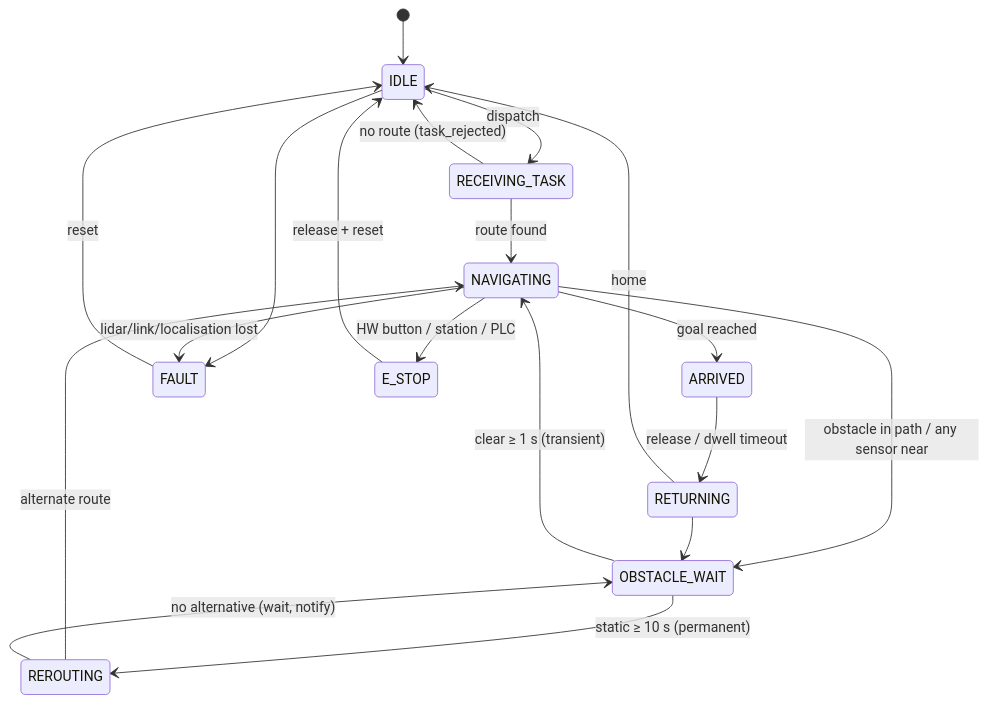
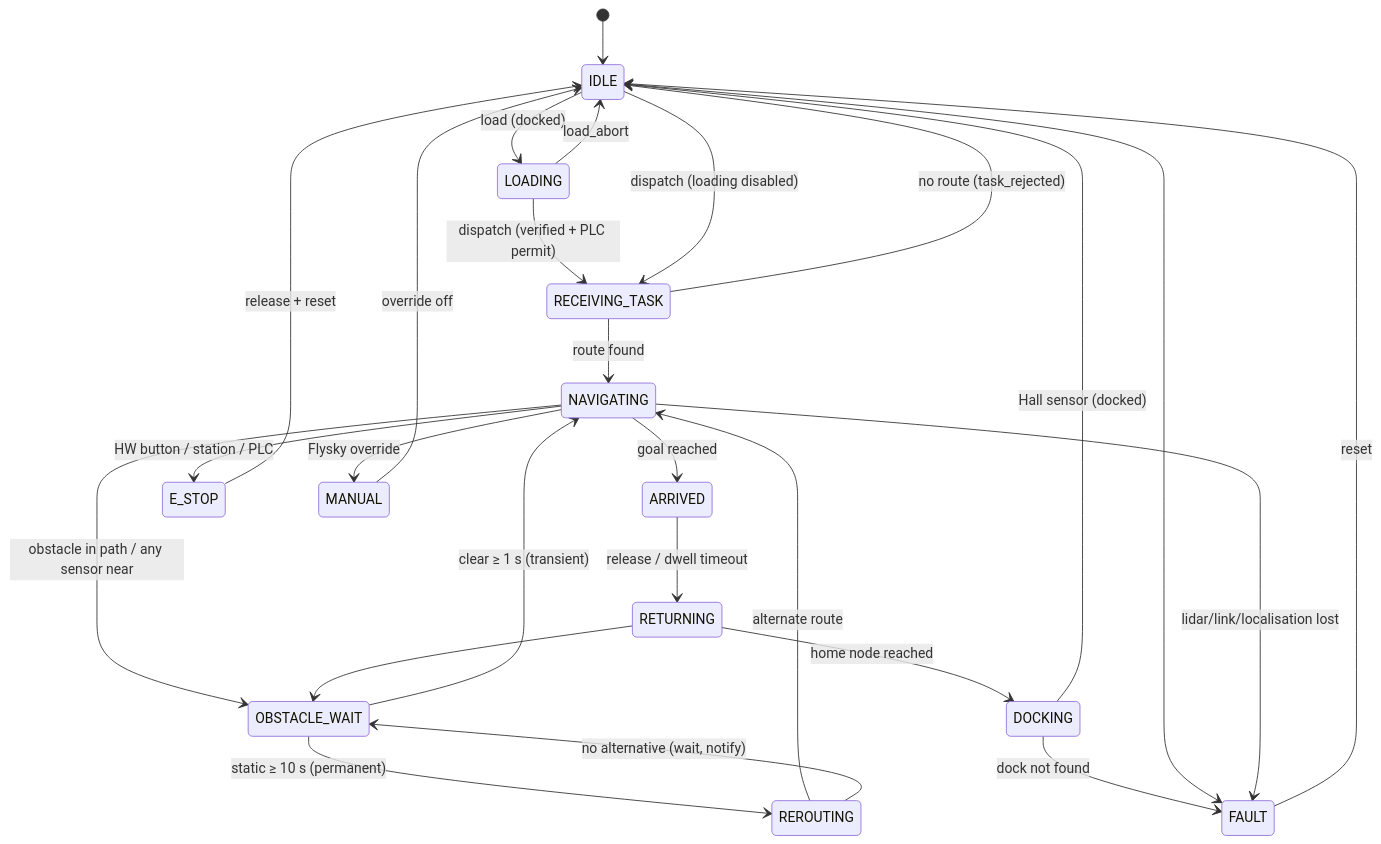
One commit to CDJ7/APEx-2.0 changed the third of 3 diagrams in README.md. Above: the diagram before and after it, drawn with Mermaid. The commit also changed other lines of this file and 18 other files, not shown here.

````diff
--- a/README.md
+++ b/README.md
@@ -106,21 +131,28 @@
 ```mermaid
 stateDiagram-v2
     [*] --> IDLE
-    IDLE --> RECEIVING_TASK: dispatch
+    IDLE --> LOADING: load (docked)
+    LOADING --> IDLE: load_abort
+    LOADING --> RECEIVING_TASK: dispatch (verified + PLC permit)
+    IDLE --> RECEIVING_TASK: dispatch (loading disabled)
     RECEIVING_TASK --> NAVIGATING: route found
     RECEIVING_TASK --> IDLE: no route (task_rejected)
     NAVIGATING --> OBSTACLE_WAIT: obstacle in path / any sensor near
     OBSTACLE_WAIT --> NAVIGATING: clear ≥ 1 s (transient)
     OBSTACLE_WAIT --> REROUTING: static ≥ 10 s (permanent)
     REROUTING --> NAVIGATING: alternate route
     REROUTING --> OBSTACLE_WAIT: no alternative (wait, notify)
     NAVIGATING --> ARRIVED: goal reached
     ARRIVED --> RETURNING: release / dwell timeout
     RETURNING --> OBSTACLE_WAIT
-    RETURNING --> IDLE: home
+    RETURNING --> DOCKING: home node reached
+    DOCKING --> IDLE: Hall sensor (docked)
+    DOCKING --> FAULT: dock not found
     IDLE --> FAULT
     NAVIGATING --> FAULT: lidar/link/localisation lost
     NAVIGATING --> E_STOP: HW button / station / PLC
     FAULT --> IDLE: reset
     E_STOP --> IDLE: release + reset
+    NAVIGATING --> MANUAL: Flysky override
+    MANUAL --> IDLE: override off
 ```
````
